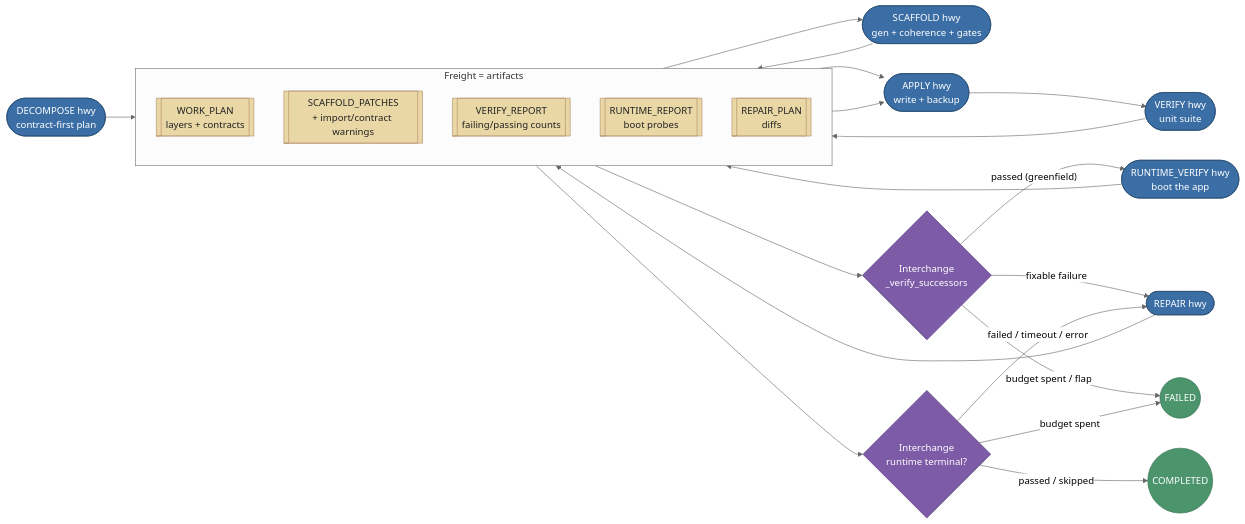
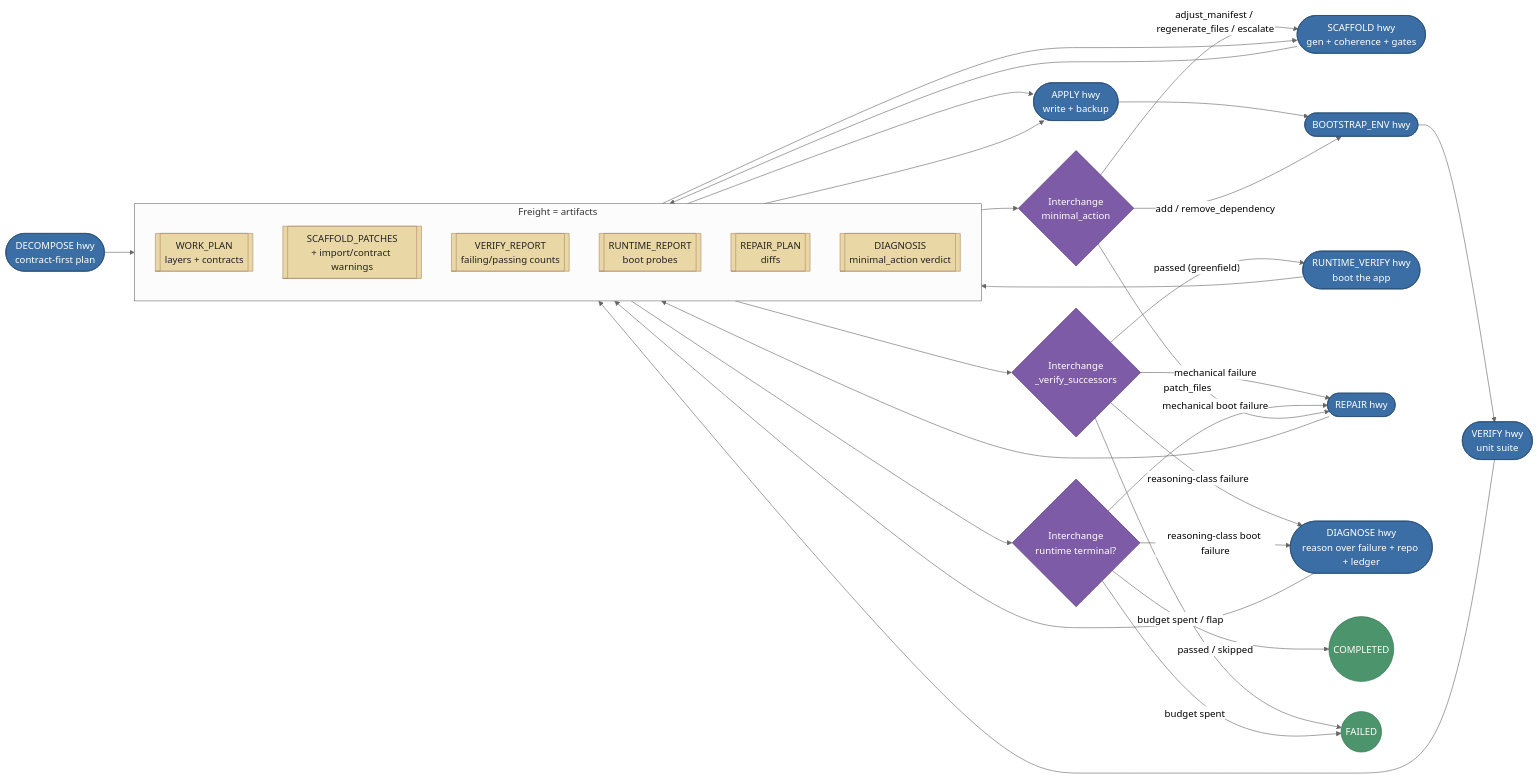
The second of 3 diagrams in docs/architecture.md (raminmohammadi/CGX), drawn with Mermaid (neutral theme) before and after one commit. The commit also changed other lines of this file and 4 other files, not shown here.

First line of the commit message:
docs(diagnose): P2.7 document the DIAGNOSE reasoning rung across docs + wiki

````diff
--- a/docs/architecture.md
+++ b/docs/architecture.md
@@ -946,36 +964,44 @@
 ```mermaid
 flowchart LR
     subgraph FREIGHT[Freight = artifacts]
       direction TB
       WP[["WORK_PLAN<br/>layers + contracts"]]
       SP[["SCAFFOLD_PATCHES<br/>+ import/contract warnings"]]
       VR[["VERIFY_REPORT<br/>failing/passing counts"]]
       RR[["RUNTIME_REPORT<br/>boot probes"]]
       RP[["REPAIR_PLAN<br/>diffs"]]
+      DG[["DIAGNOSIS<br/>minimal_action verdict"]]
     end
 
     DEC(["DECOMPOSE hwy<br/>contract-first plan"]) --> WP
     WP --> SCA(["SCAFFOLD hwy<br/>gen + coherence + gates"])
     SCA --> SP --> APP(["APPLY hwy<br/>write + backup"])
-    APP --> VER(["VERIFY hwy<br/>unit suite"]) --> VR
+    APP --> BOOT(["BOOTSTRAP_ENV hwy"]) --> VER(["VERIFY hwy<br/>unit suite"]) --> VR
 
     VR --> IC{"Interchange<br/>_verify_successors"}
     IC -- "passed (greenfield)" --> RUN(["RUNTIME_VERIFY hwy<br/>boot the app"]) --> RR
-    IC -- "fixable failure" --> REP(["REPAIR hwy"])
+    IC -- "mechanical failure" --> REP(["REPAIR hwy"])
+    IC -- "reasoning-class failure" --> DIAG(["DIAGNOSE hwy<br/>reason over failure + repo + ledger"])
     RR --> IC2{"Interchange<br/>runtime terminal?"}
     IC2 -- "passed / skipped" --> DONE((COMPLETED))
-    IC2 -- "failed / timeout / error" --> REP
+    IC2 -- "mechanical boot failure" --> REP
+    IC2 -- "reasoning-class boot failure" --> DIAG
+
+    DIAG --> DG --> DISP{"Interchange<br/>minimal_action"}
+    DISP -- "patch_files" --> REP
+    DISP -- "add / remove_dependency" --> BOOT
+    DISP -- "adjust_manifest / regenerate_files / escalate" --> SCA
     REP --> RP --> APP
 
     IC -- "budget spent / flap" --> FAIL((FAILED))
     IC2 -- "budget spent" --> FAIL
 
     classDef road fill:#3b6ea5,stroke:#274c73,color:#fff;
     classDef freight fill:#e9d8a6,stroke:#b08968,color:#222;
     classDef gate fill:#7d5ba6,stroke:#4c3575,color:#fff;
     classDef term fill:#4c956c,stroke:#2c6e49,color:#fff;
-    class DEC,SCA,APP,VER,RUN,REP road;
-    class WP,SP,VR,RR,RP freight;
-    class IC,IC2 gate;
+    class DEC,SCA,APP,BOOT,VER,RUN,REP,DIAG road;
+    class WP,SP,VR,RR,RP,DG freight;
+    class IC,IC2,DISP gate;
     class DONE,FAIL term;
 ```
````
